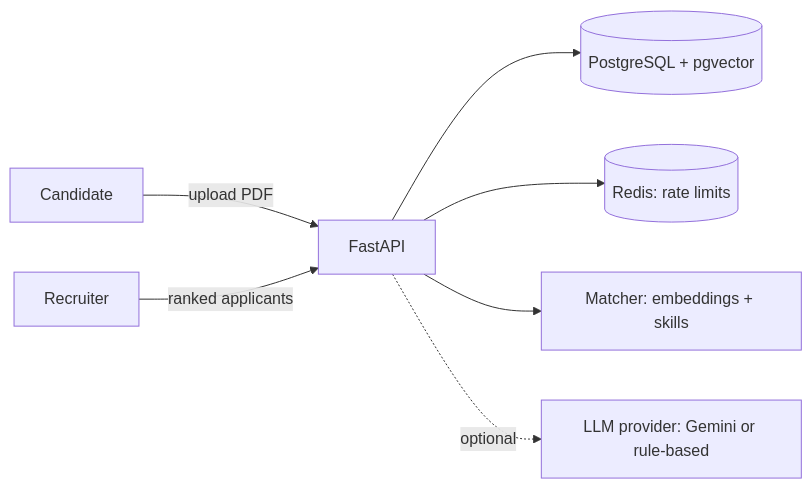
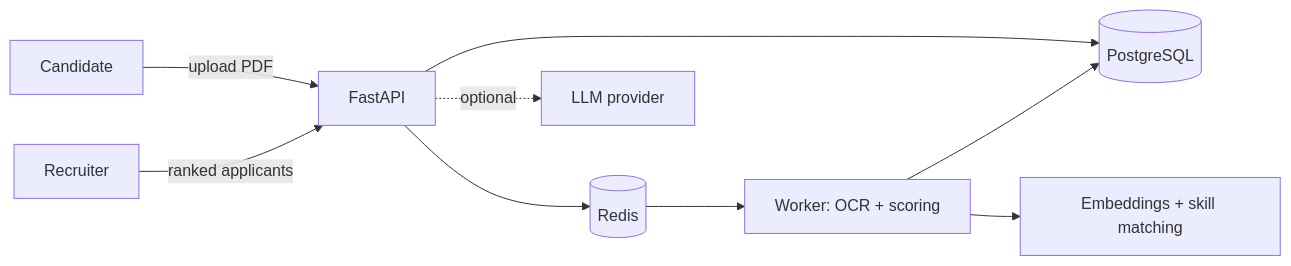
The diagram in README.md (Millan-juma/resume-matcher), drawn with Mermaid before and after one commit. The commit also changed other lines of this file and 7 other files, not shown here.

````diff
--- a/README.md
+++ b/README.md
@@ -22,9 +35,11 @@
 ```mermaid
 flowchart LR
     C[Candidate] -->|upload PDF| API[FastAPI]
     R[Recruiter] -->|ranked applicants| API
-    API --> PG[(PostgreSQL + pgvector)]
-    API --> RD[(Redis: rate limits)]
-    API --> M[Matcher: embeddings + skills]
-    API -.optional.-> LLM[LLM provider: Gemini or rule-based]
+    API --> PG[(PostgreSQL)]
+    API --> RD[(Redis)]
+    RD --> W[Worker: OCR + scoring]
+    W --> PG
+    W --> M[Embeddings + skill matching]
+    API -.optional.-> LLM[LLM provider]
 ```
````
